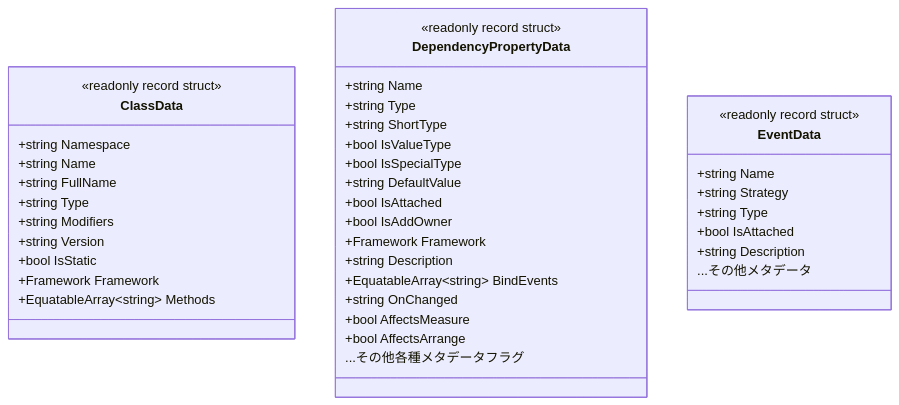
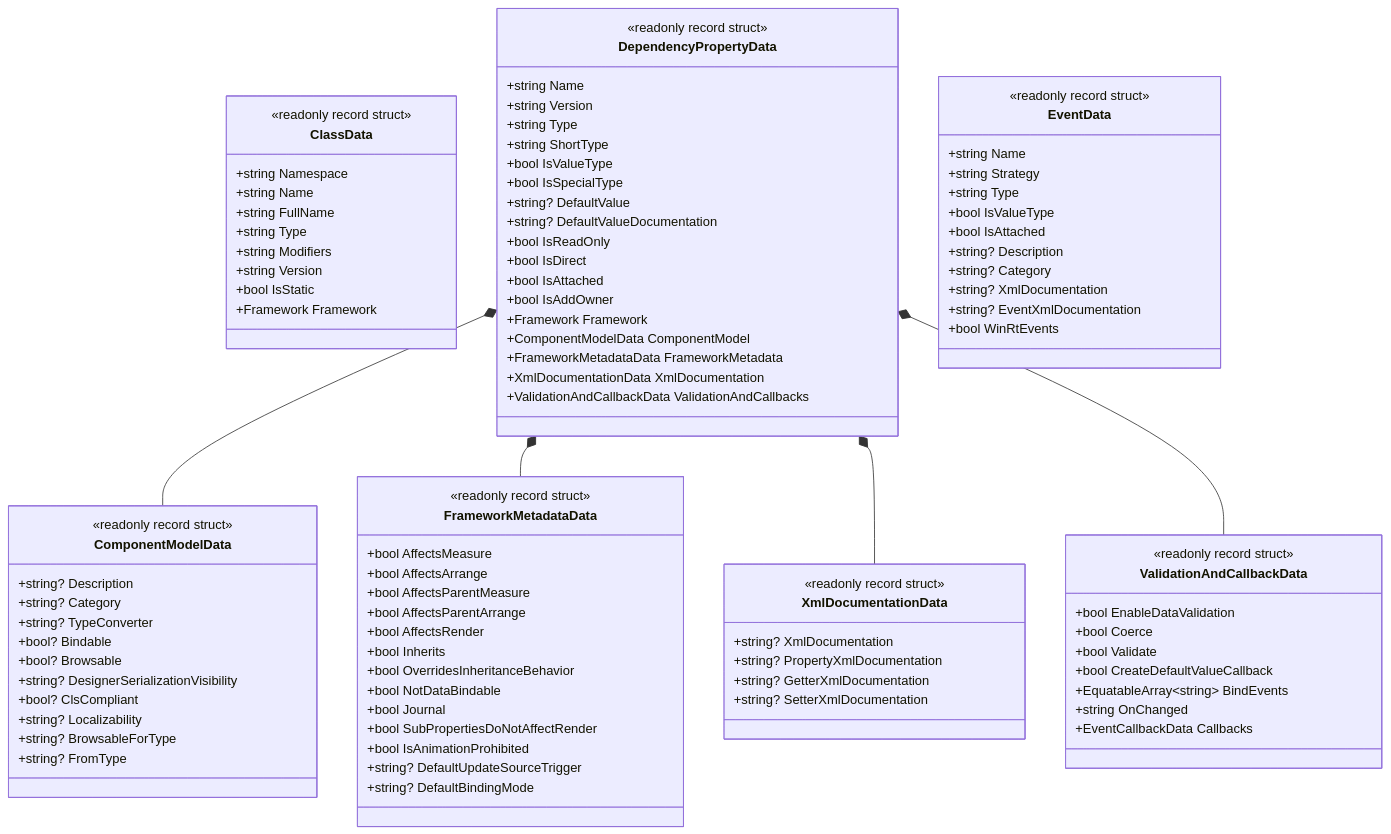
The diagram in spec/ja/01_foundation_and_domain.md (kassyi/DependencyPropertyGenerator), drawn with Mermaid before and after one commit. The commit also changed other lines of this file and 10 other files, not shown here.

````diff
--- a/spec/ja/01_foundation_and_domain.md
+++ b/spec/ja/01_foundation_and_domain.md
@@ -43,35 +54,95 @@
         +string Version
         +bool IsStatic
         +Framework Framework
-        +EquatableArray~string~ Methods
     }
 
     class DependencyPropertyData {
         <<readonly record struct>>
         +string Name
+        +string Version
         +string Type
         +string ShortType
         +bool IsValueType
         +bool IsSpecialType
-        +string DefaultValue
+        +string? DefaultValue
+        +string? DefaultValueDocumentation
+        +bool IsReadOnly
+        +bool IsDirect
         +bool IsAttached
         +bool IsAddOwner
         +Framework Framework
-        +string Description
+        +ComponentModelData ComponentModel
+        +FrameworkMetadataData FrameworkMetadata
+        +XmlDocumentationData XmlDocumentation
+        +ValidationAndCallbackData ValidationAndCallbacks
+    }
+
+    class ComponentModelData {
+        <<readonly record struct>>
+        +string? Description
+        +string? Category
+        +string? TypeConverter
+        +bool? Bindable
+        +bool? Browsable
+        +string? DesignerSerializationVisibility
+        +bool? ClsCompliant
+        +string? Localizability
+        +string? BrowsableForType
+        +string? FromType
+    }
+
+    class FrameworkMetadataData {
+        <<readonly record struct>>
+        +bool AffectsMeasure
+        +bool AffectsArrange
+        +bool AffectsParentMeasure
+        +bool AffectsParentArrange
+        +bool AffectsRender
+        +bool Inherits
+        +bool OverridesInheritanceBehavior
+        +bool NotDataBindable
+        +bool Journal
+        +bool SubPropertiesDoNotAffectRender
+        +bool IsAnimationProhibited
+        +string? DefaultUpdateSourceTrigger
+        +string? DefaultBindingMode
+    }
+
+    class ValidationAndCallbackData {
+        <<readonly record struct>>
+        +bool EnableDataValidation
+        +bool Coerce
+        +bool Validate
+        +bool CreateDefaultValueCallback
         +EquatableArray~string~ BindEvents
         +string OnChanged
-        +bool AffectsMeasure
-        +bool AffectsArrange
-        ...その他各種メタデータフラグ
+        +EventCallbackData Callbacks
     }
-    
+
+    class XmlDocumentationData {
+        <<readonly record struct>>
+        +string? XmlDocumentation
+        +string? PropertyXmlDocumentation
+        +string? GetterXmlDocumentation
+        +string? SetterXmlDocumentation
+    }
+
     class EventData {
         <<readonly record struct>>
         +string Name
         +string Strategy
         +string Type
+        +bool IsValueType
         +bool IsAttached
-        +string Description
-        ...その他メタデータ
+        +string? Description
+        +string? Category
+        +string? XmlDocumentation
+        +string? EventXmlDocumentation
+        +bool WinRtEvents
     }
+
+    DependencyPropertyData *-- ComponentModelData
+    DependencyPropertyData *-- FrameworkMetadataData
+    DependencyPropertyData *-- XmlDocumentationData
+    DependencyPropertyData *-- ValidationAndCallbackData
 ```
````
